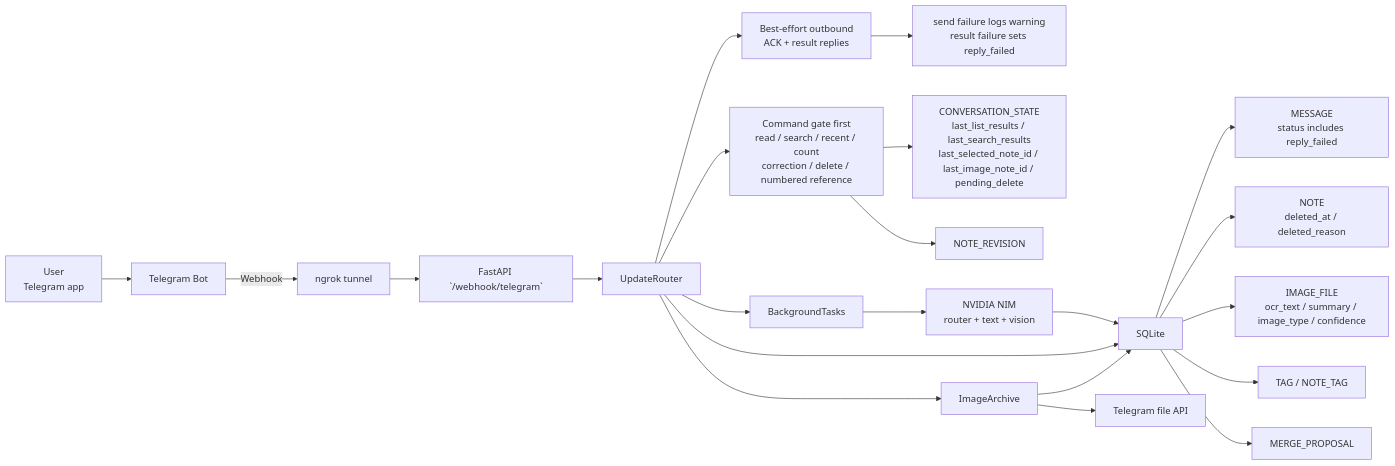
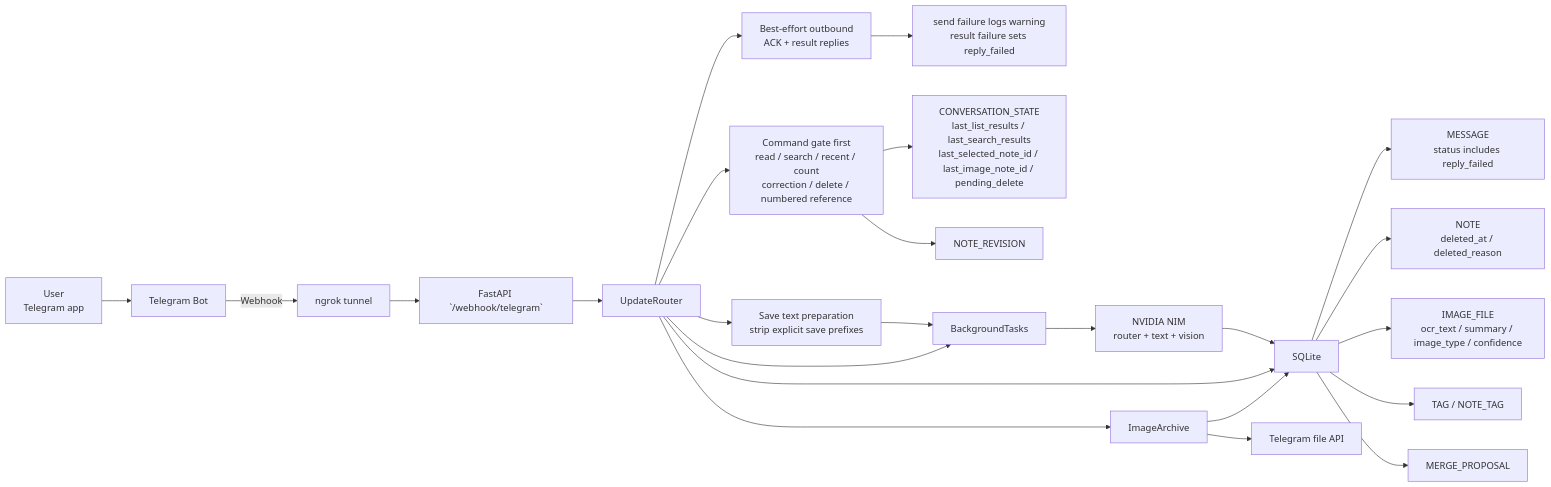
The first of 4 diagrams in docs/ARCHITECTURE.md (Transient-Onlooker/tg-note-agent), drawn with Mermaid before and after one commit. The commit also changed other lines of this file and 17 other files, not shown here.

Commit message:
Fix explicit note save handling

````diff
--- a/docs/ARCHITECTURE.md
+++ b/docs/ARCHITECTURE.md
@@ -17,27 +18,29 @@
 ```mermaid
 flowchart LR
     User["User<br/>Telegram app"] --> Bot["Telegram Bot"]
     Bot -->|Webhook| Tunnel["ngrok tunnel"]
     Tunnel --> API["FastAPI `/webhook/telegram`"]
 
     API --> Router["UpdateRouter"]
     Router --> Outbound["Best-effort outbound<br/>ACK + result replies"]
     Outbound --> ReplyFailed["send failure logs warning<br/>result failure sets reply_failed"]
     Router --> Gate["Command gate first<br/>read / search / recent / count<br/>correction / delete / numbered reference"]
+    Router --> Prep["Save text preparation<br/>strip explicit save prefixes"]
     Router --> BG["BackgroundTasks"]
     Router --> DB["SQLite"]
     Router --> Archive["ImageArchive"]
+    Prep --> BG
     BG --> NIM["NVIDIA NIM<br/>router + text + vision"]
 
     Gate --> State["CONVERSATION_STATE<br/>last_list_results / last_search_results<br/>last_selected_note_id / last_image_note_id / pending_delete"]
     Gate --> Revision["NOTE_REVISION"]
     Archive --> DB
     Archive --> TGFile["Telegram file API"]
     NIM --> DB
 
     DB --> Msg["MESSAGE<br/>status includes reply_failed"]
     DB --> Note["NOTE<br/>deleted_at / deleted_reason"]
     DB --> Image["IMAGE_FILE<br/>ocr_text / summary / image_type / confidence"]
     DB --> Tags["TAG / NOTE_TAG"]
     DB --> Merge["MERGE_PROPOSAL"]
 ```
````
